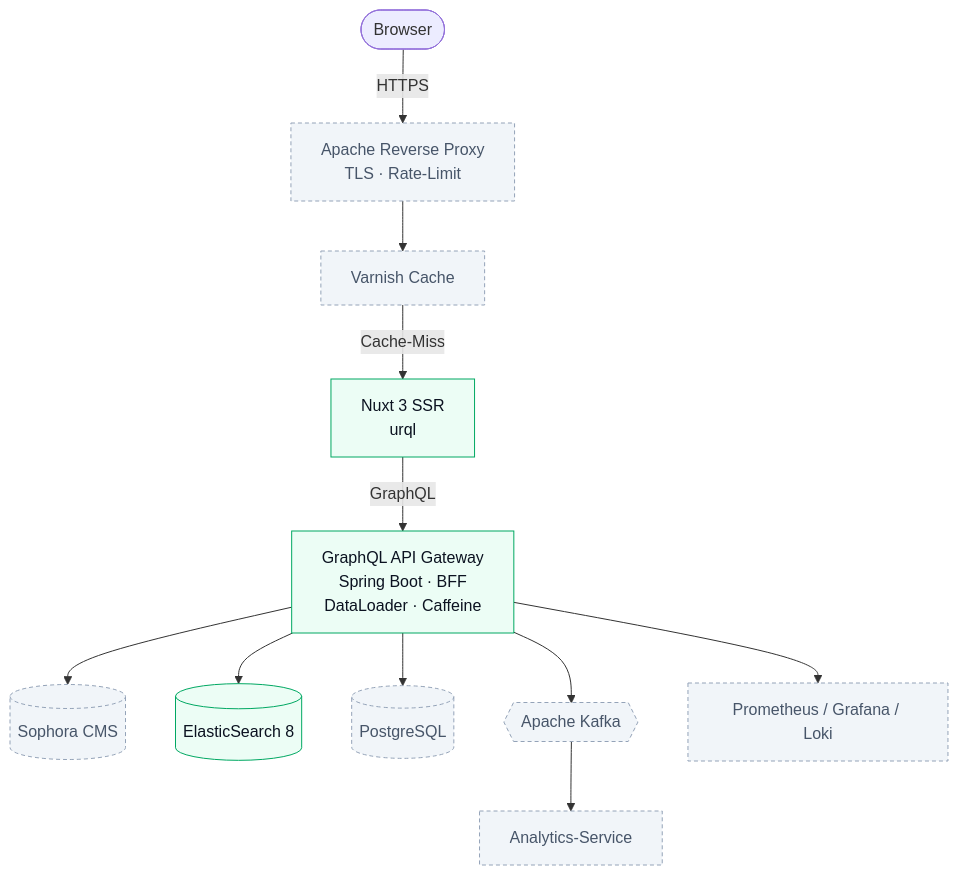
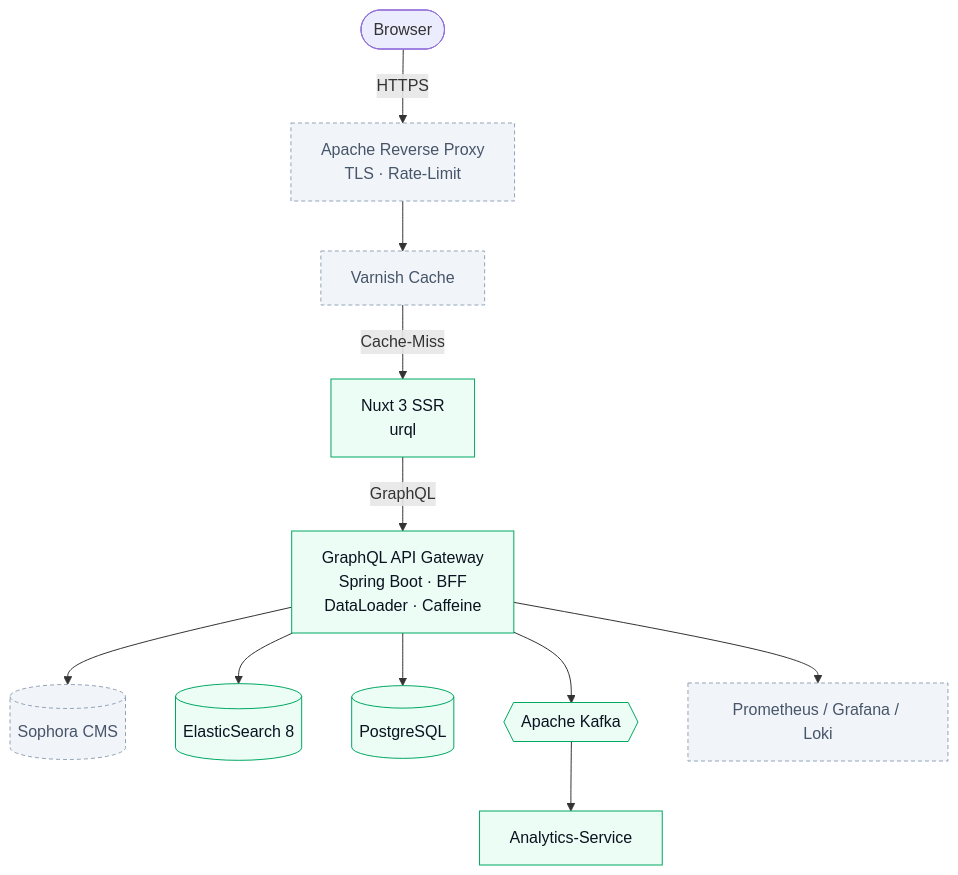
Before and after one commit to AdrianDeutsch/newscore: the diagram in README.md, drawn with Mermaid. The commit also changed other lines of this file and 19 other files, not shown here.

First line of the commit message:
feat(analytics): add Kafka-to-Postgres analytics-service and wire the stack

````diff
--- a/README.md
+++ b/README.md
@@ -55,18 +58,18 @@
 ```mermaid
 flowchart TD
     User([Browser]) -->|HTTPS| Apache[Apache Reverse Proxy<br/>TLS · Rate-Limit]
     Apache --> Varnish[Varnish Cache]
     Varnish -->|Cache-Miss| Nuxt[Nuxt 3 SSR<br/>urql]
     Nuxt -->|GraphQL| GW[GraphQL API Gateway<br/>Spring Boot · BFF<br/>DataLoader · Caffeine]
     GW --> CMS[(Sophora CMS)]
     GW --> ES[(ElasticSearch 8)]
     GW --> PG[(PostgreSQL)]
     GW --> Kafka{{Apache Kafka}}
     Kafka --> Analytics[Analytics-Service]
     GW --> Prom[Prometheus / Grafana / Loki]
 
     classDef done fill:#ecfdf5,stroke:#00a862,color:#0b1220;
     classDef soon fill:#f1f5f9,stroke:#94a3b8,color:#475569,stroke-dasharray:4 3;
-    class Nuxt,GW,ES done;
-    class Apache,Varnish,CMS,PG,Kafka,Analytics,Prom soon;
+    class Nuxt,GW,ES,Kafka,Analytics,PG done;
+    class Apache,Varnish,CMS,Prom soon;
 ```
````
